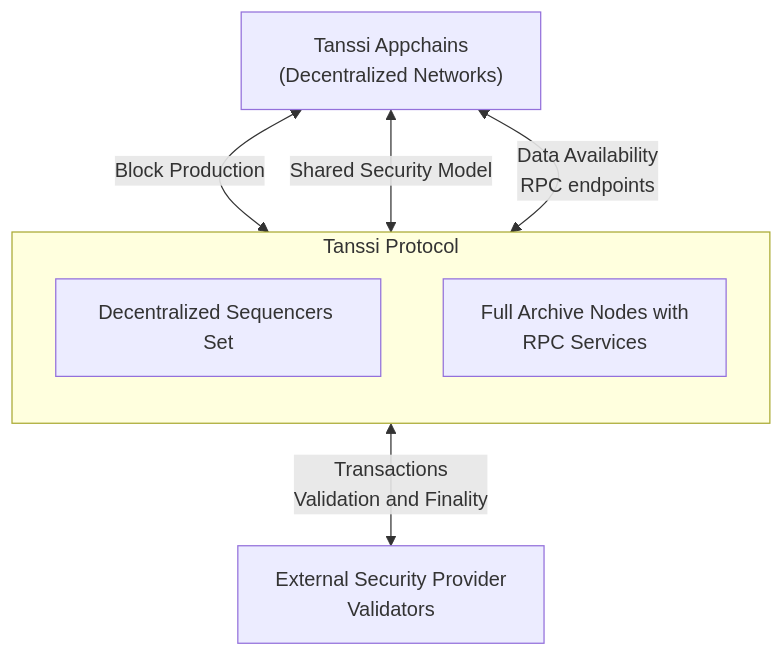
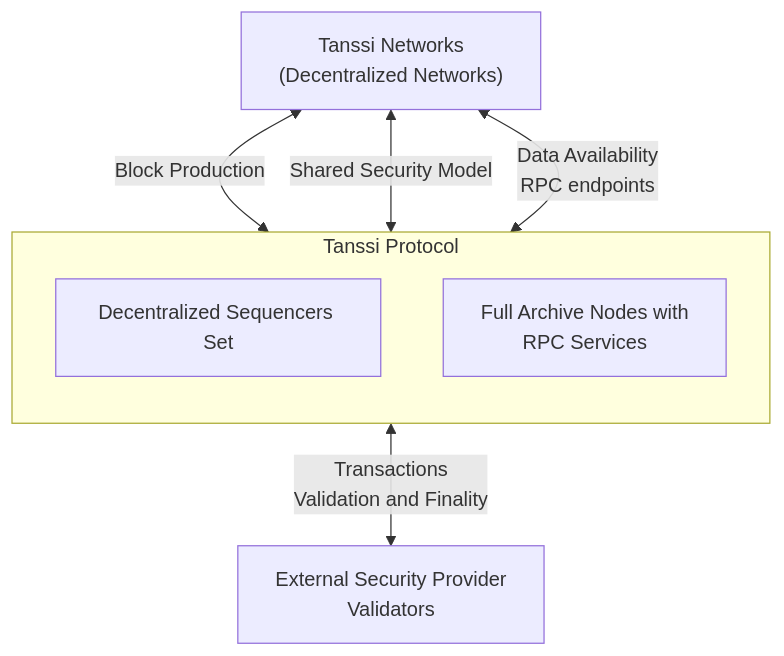
The diagram in learn/appchains/overview.md (moondance-labs/tanssi-docs), drawn with Mermaid before and after one commit. The commit also changed other lines of this file, not shown here.

````diff
--- a/learn/appchains/overview.md
+++ b/learn/appchains/overview.md
@@ -28,17 +28,17 @@
 ```mermaid
 flowchart TB
-    appchains["Tanssi Appchains<br/>(Decentralized Networks)"]
+    networks["Tanssi Networks<br/>(Decentralized Networks)"]
 
     subgraph tanssi["Tanssi Protocol"]
         direction TB
         sequencers["Decentralized Sequencers Set"]
         node["Full Archive Nodes with<br/>RPC Services"]
     end
 
     security["External Security Provider<br/>Validators"]
     
-    appchains<--Block Production-->tanssi
-    appchains<--Shared Security Model-->tanssi
-    appchains<--Data Availability<br/>RPC endpoints-->tanssi
+    networks<--Block Production-->tanssi
+    networks<--Shared Security Model-->tanssi
+    networks<--Data Availability<br/>RPC endpoints-->tanssi
     tanssi<--Transactions<br/>Validation and Finality-->security
 ```
````
